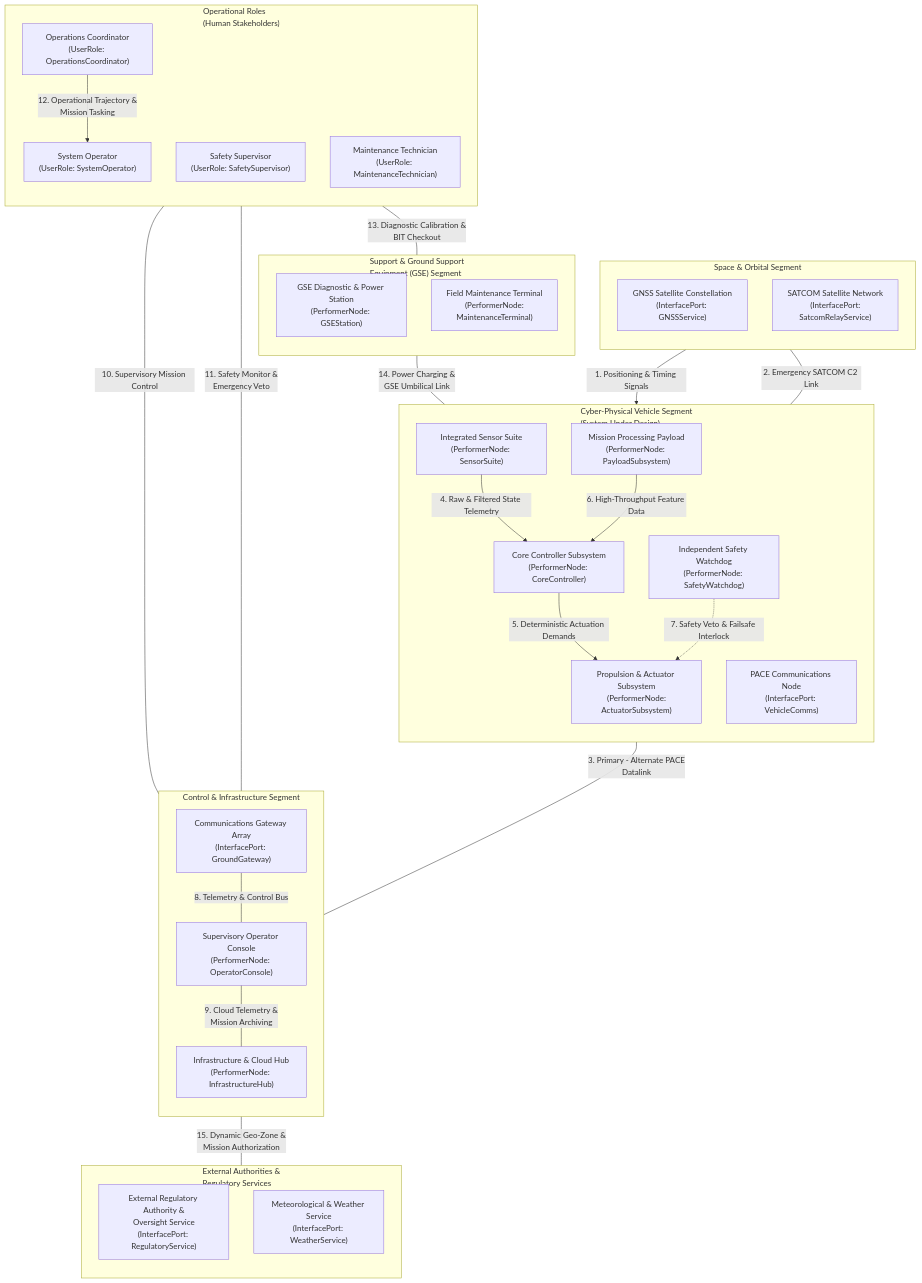
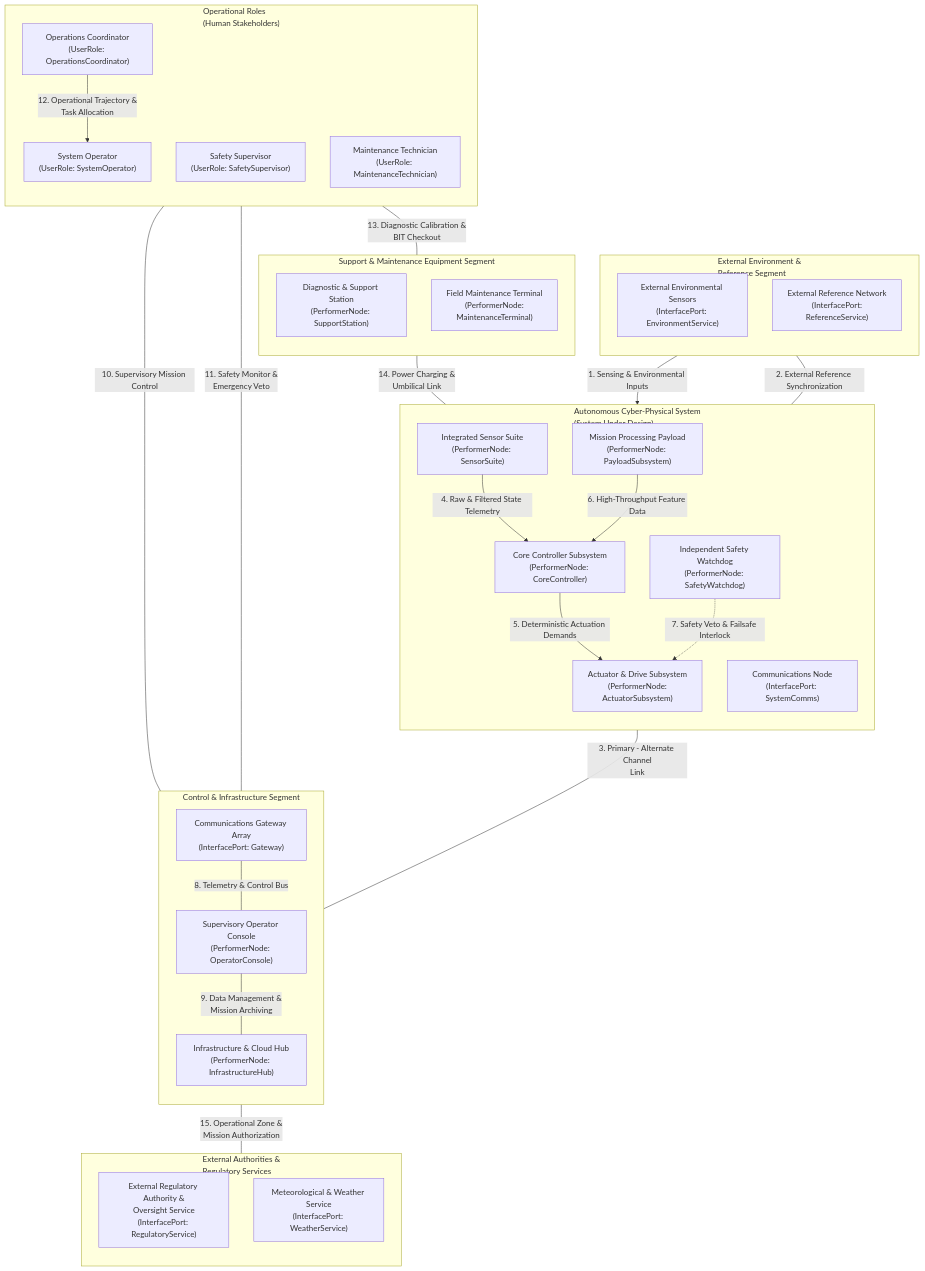
The first of 2 diagrams in skills/spec-conops-engineering/resources/units/conops/01_METADATA_AND_OVERVIEW.md (gintatkinson/DEAP01-spec-core), drawn with Mermaid before and after one commit. The commit also changed other lines of this file and 9 other files, not shown here.

````diff
--- a/skills/spec-conops-engineering/resources/units/conops/01_METADATA_AND_OVERVIEW.md
+++ b/skills/spec-conops-engineering/resources/units/conops/01_METADATA_AND_OVERVIEW.md
@@ -158,61 +158,61 @@
 ```mermaid
 flowchart TB
-    subgraph SpaceSegment["Space & Orbital Segment"]
+    subgraph ExternalEnvironmentSegment["External Environment &<br/>Reference Segment"]
         direction TB
-        GNSSConstellation["GNSS Satellite Constellation<br/>(InterfacePort: GNSSService)"]
-        SatcomRelay["SATCOM Satellite Network<br/>(InterfacePort:<br/>SatcomRelayService)"]
+        ExternalSensors["External Environmental Sensors<br/>(InterfacePort: EnvironmentService)"]
+        ExternalReference["External Reference Network<br/>(InterfacePort:<br/>ReferenceService)"]
     end
 
-    subgraph VehicleSegment["Cyber-Physical Vehicle Segment<br/>(System Under Design)"]
+    subgraph SystemSegment["Autonomous Cyber-Physical System<br/>(System Under Design)"]
         direction TB
         CoreController["Core Controller Subsystem<br/>(PerformerNode: CoreController)"]
         SensorSuite["Integrated Sensor Suite<br/>(PerformerNode: SensorSuite)"]
-        ActuatorSubsystem["Propulsion & Actuator Subsystem<br/>(PerformerNode:<br/>ActuatorSubsystem)"]
+        ActuatorSubsystem["Actuator & Drive Subsystem<br/>(PerformerNode:<br/>ActuatorSubsystem)"]
         PayloadSubsystem["Mission Processing Payload<br/>(PerformerNode: PayloadSubsystem)"]
-        VehicleComms["PACE Communications Node<br/>(InterfacePort: VehicleComms)"]
+        SystemComms["Communications Node<br/>(InterfacePort: SystemComms)"]
         SafetyWatchdog["Independent Safety Watchdog<br/>(PerformerNode: SafetyWatchdog)"]
     end
 
     subgraph ControlSegment["Control & Infrastructure Segment"]
         direction TB
         OperatorConsole["Supervisory Operator Console<br/>(PerformerNode: OperatorConsole)"]
-        GroundCommsArray["Communications Gateway Array<br/>(InterfacePort: GroundGateway)"]
+        CommsGatewayArray["Communications Gateway Array<br/>(InterfacePort: Gateway)"]
         InfrastructureHub["Infrastructure & Cloud Hub<br/>(PerformerNode: InfrastructureHub)"]
     end
 
-    subgraph SupportSegment["Support & Ground Support<br/>Equipment (GSE) Segment"]
+    subgraph SupportSegment["Support & Maintenance Equipment Segment"]
         direction TB
-        GroundSupportEquipment["GSE Diagnostic & Power Station<br/>(PerformerNode: GSEStation)"]
+        SupportEquipment["Diagnostic & Support Station<br/>(PerformerNode: SupportStation)"]
         MaintenanceTerminal["Field Maintenance Terminal<br/>(PerformerNode:<br/>MaintenanceTerminal)"]
     end
 
     subgraph OperationalRoles["Operational Roles<br/>(Human Stakeholders)"]
         direction TB
         SystemOperator["System Operator<br/>(UserRole: SystemOperator)"]
         SafetySupervisor["Safety Supervisor<br/>(UserRole: SafetySupervisor)"]
         OperationsCoordinator["Operations Coordinator<br/>(UserRole: OperationsCoordinator)"]
         MaintenanceTechnician["Maintenance Technician<br/>(UserRole: MaintenanceTechnician)"]
     end
 
     subgraph ExternalAuthorities["External Authorities &<br/>Regulatory Services"]
         direction TB
         RegulatoryAuthority["External Regulatory Authority &<br/>Oversight Service<br/>(InterfacePort: RegulatoryService)"]
         WeatherDataService["Meteorological & Weather Service<br/>(InterfacePort: WeatherService)"]
     end
 
-    GNSSConstellation -->|"1. Positioning & Timing Signals"| SensorSuite
-    SatcomRelay ---|"2. Emergency SATCOM C2 Link"| VehicleComms
-    VehicleComms ---|"3. Primary - Alternate PACE<br/>Datalink"| GroundCommsArray
+    ExternalSensors -->|"1. Sensing & Environmental Inputs"| SensorSuite
+    ExternalReference ---|"2. External Reference Synchronization"| SystemComms
+    SystemComms ---|"3. Primary - Alternate Channel<br/>Link"| CommsGatewayArray
     SensorSuite -->|"4. Raw & Filtered State Telemetry"| CoreController
     CoreController -->|"5. Deterministic Actuation Demands"| ActuatorSubsystem
     PayloadSubsystem -->|"6. High-Throughput Feature Data"| CoreController
     SafetyWatchdog -.->|"7. Safety Veto & Failsafe Interlock"| ActuatorSubsystem
-    GroundCommsArray ---|"8. Telemetry & Control Bus"| OperatorConsole
-    OperatorConsole ---|"9. Cloud Telemetry &<br/>Mission Archiving"| InfrastructureHub
+    CommsGatewayArray ---|"8. Telemetry & Control Bus"| OperatorConsole
+    OperatorConsole ---|"9. Data Management &<br/>Mission Archiving"| InfrastructureHub
     SystemOperator ---|"10. Supervisory Mission Control"| OperatorConsole
     SafetySupervisor ---|"11. Safety Monitor &<br/>Emergency Veto"| OperatorConsole
-    OperationsCoordinator -->|"12. Operational Trajectory &<br/>Mission Tasking"| SystemOperator
+    OperationsCoordinator -->|"12. Operational Trajectory &<br/>Task Allocation"| SystemOperator
     MaintenanceTechnician ---|"13. Diagnostic Calibration &<br/>BIT Checkout"| MaintenanceTerminal
-    GroundSupportEquipment ---|"14. Power Charging &<br/>GSE Umbilical Link"| CoreController
-    OperatorConsole ---|"15. Dynamic Geo-Zone &<br/>Mission Authorization"| RegulatoryAuthority
+    SupportEquipment ---|"14. Power Charging &<br/>Umbilical Link"| CoreController
+    OperatorConsole ---|"15. Operational Zone &<br/>Mission Authorization"| RegulatoryAuthority
 ```
````
